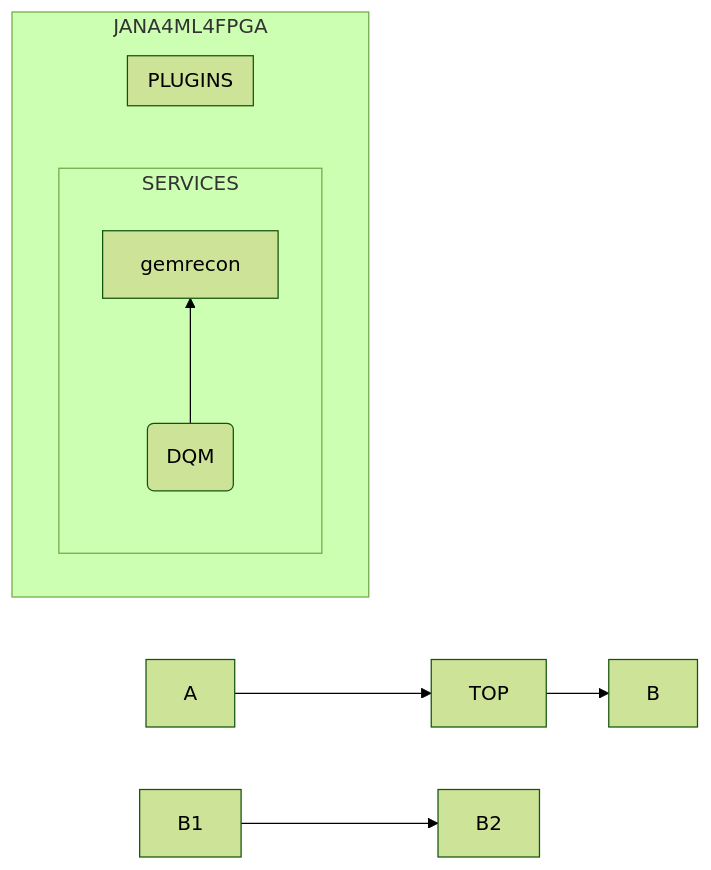
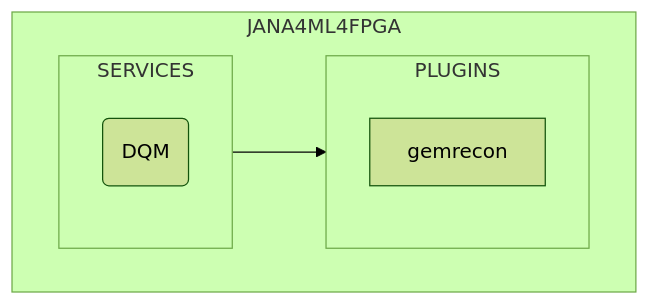
The diagram in doc/dqm.md (JeffersonLab/JANA4ML4FPGA), drawn with Mermaid (forest theme) before and after one commit.

Commit message:
Fix mirmaid diagram

````diff
--- a/doc/dqm.md
+++ b/doc/dqm.md
@@ -21,16 +21,18 @@
 ```mermaid
 flowchart LR
   subgraph JANA4ML4FPGA
     direction LR
+    
     subgraph SERVICES
         direction BT
-        dqm(DQM)-->gemrecon
+        dqm(DQM)
     end
+    
     subgraph PLUGINS
         direction BT
         gemrecon
     end
+    
+    dqm --> gemrecon
   end
-  A --> TOP --> B
-  B1 --> B2
 ```
````
